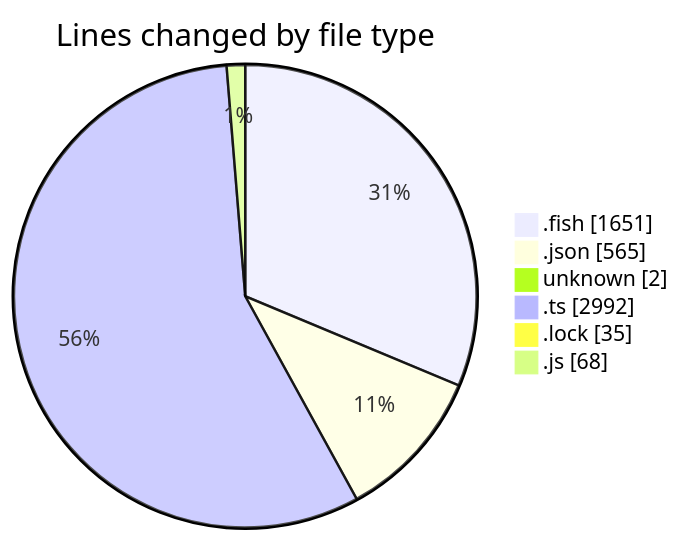
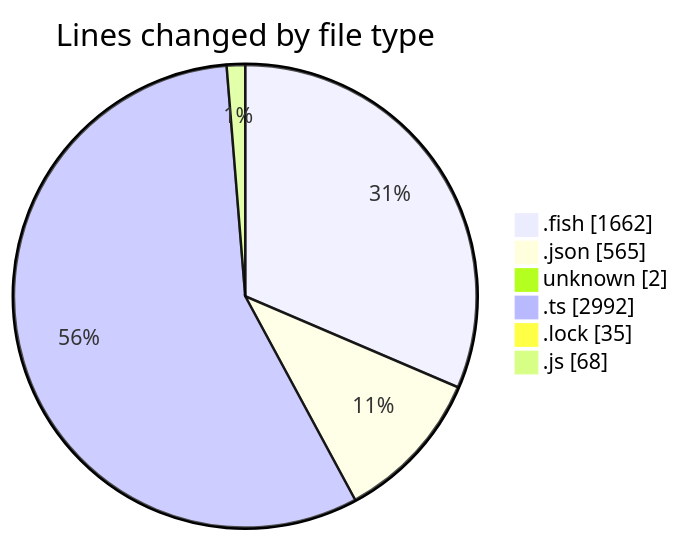
Before and after one commit to EIIisD/code-tracking: the first of 2 diagrams in 2025-07-12/fish/README.md, drawn with Mermaid. The commit also changed other lines of this file and 1 other file, not shown here.

````diff
--- a/2025-07-12/fish/README.md
+++ b/2025-07-12/fish/README.md
@@ -140,10 +140,10 @@
 ```mermaid
 pie showData
 title Lines changed by file type
-".fish" : 1651
+".fish" : 1662
 ".json" : 565
 "unknown" : 2
 ".ts" : 2992
 ".lock" : 35
 ".js" : 68
 ```
````
